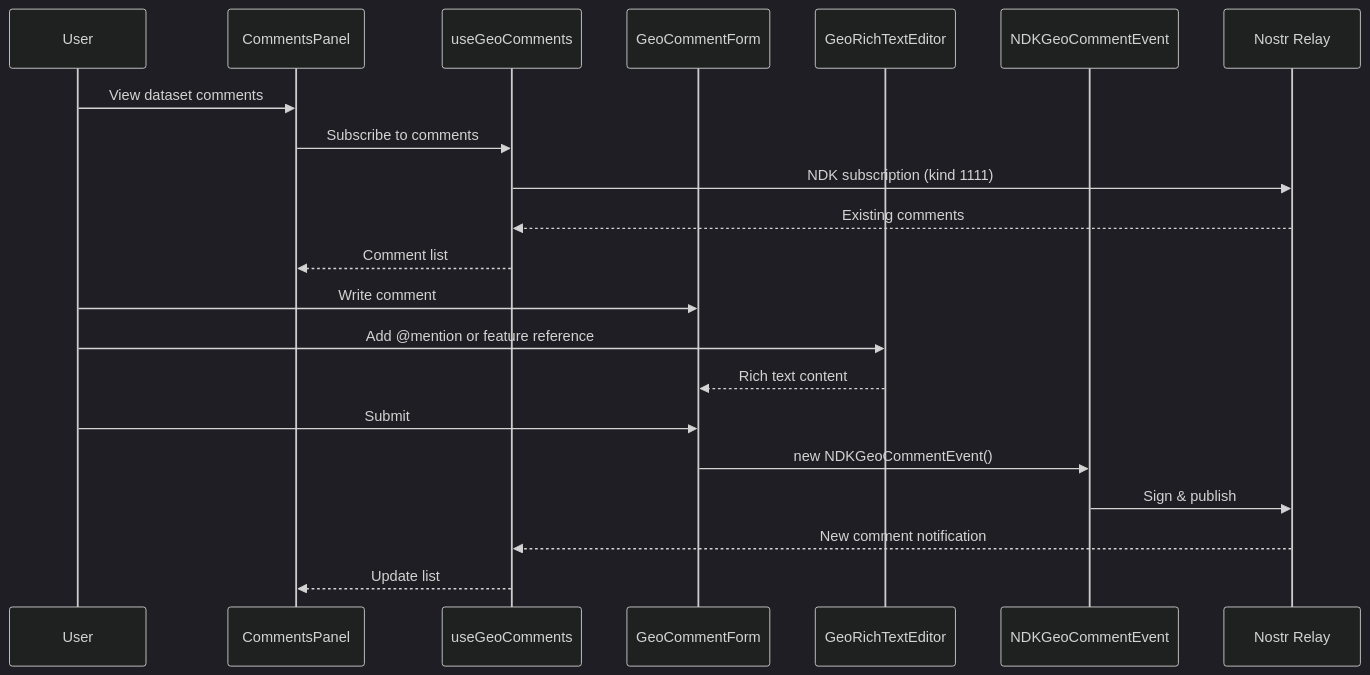
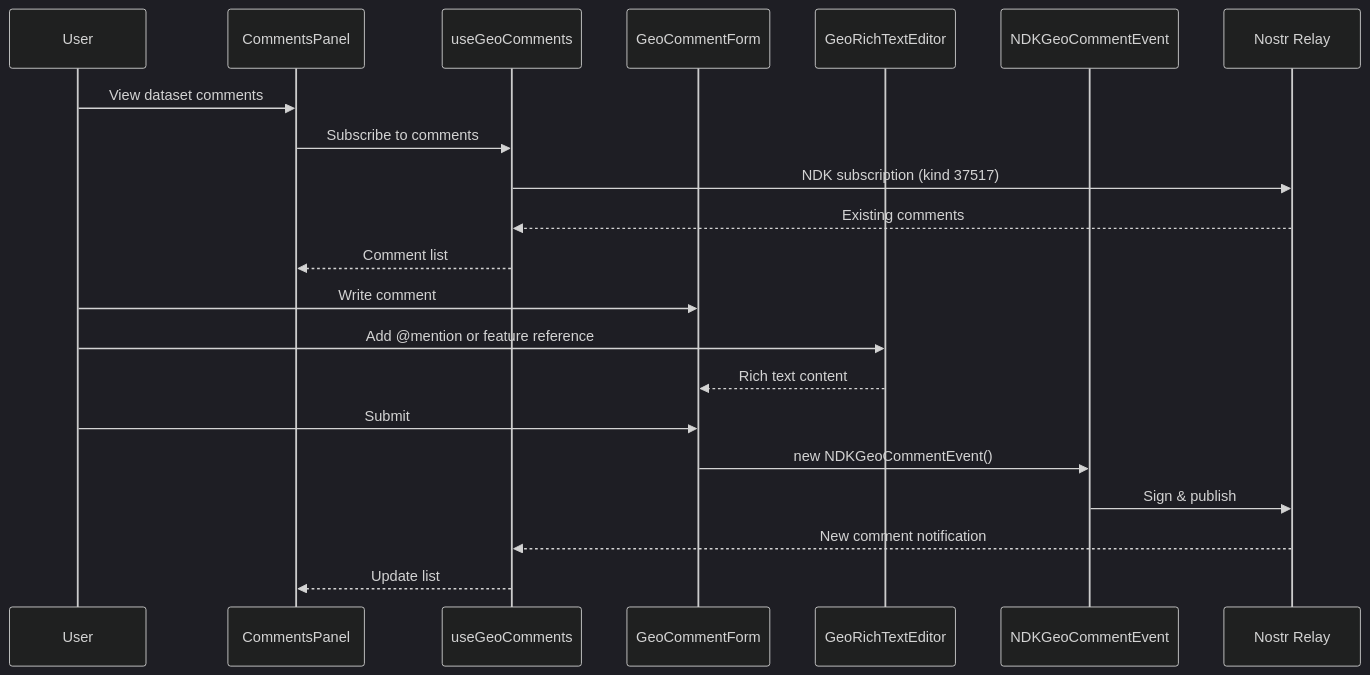
One commit to DestBro/earthly changed the third of 5 diagrams in ARCHITECTURE_ANALYSIS.md. Above: the diagram before and after it, drawn with Mermaid (dark theme). The commit also changed other lines of this file and 16 other files, not shown here.

````diff
--- a/ARCHITECTURE_ANALYSIS.md
+++ b/ARCHITECTURE_ANALYSIS.md
@@ -335,26 +335,26 @@
 ```mermaid
 sequenceDiagram
     participant User
     participant Panel as CommentsPanel
     participant Hook as useGeoComments
     participant Form as GeoCommentForm
     participant Editor as GeoRichTextEditor
     participant NDK as NDKGeoCommentEvent
     participant Relay as Nostr Relay
 
     User->>Panel: View dataset comments
     Panel->>Hook: Subscribe to comments
-    Hook->>Relay: NDK subscription (kind 1111)
+    Hook->>Relay: NDK subscription (kind 37517)
     Relay-->>Hook: Existing comments
     Hook-->>Panel: Comment list
 
     User->>Form: Write comment
     User->>Editor: Add @mention or feature reference
     Editor-->>Form: Rich text content
 
     User->>Form: Submit
     Form->>NDK: new NDKGeoCommentEvent()
     NDK->>Relay: Sign & publish
     Relay-->>Hook: New comment notification
     Hook-->>Panel: Update list
 ```
````
